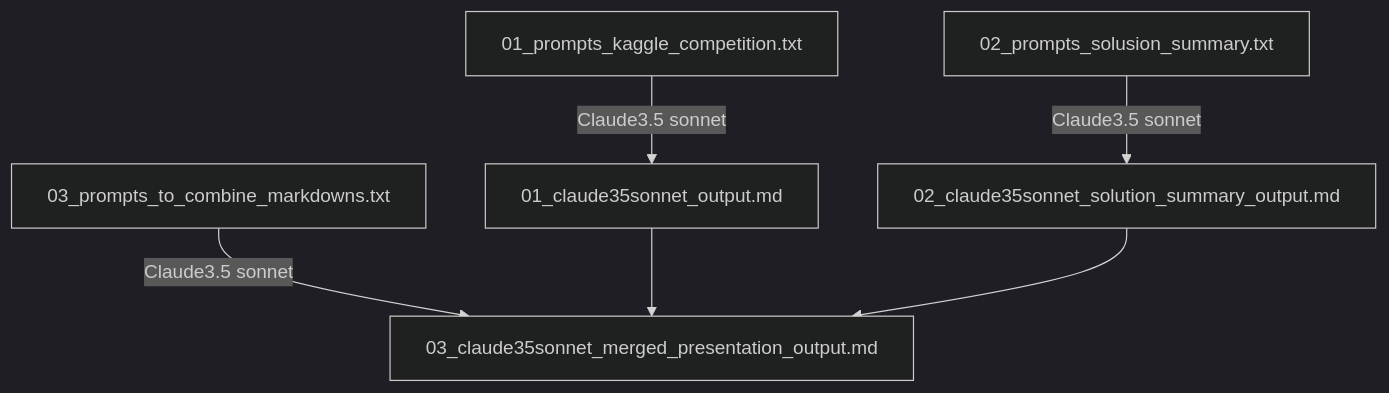
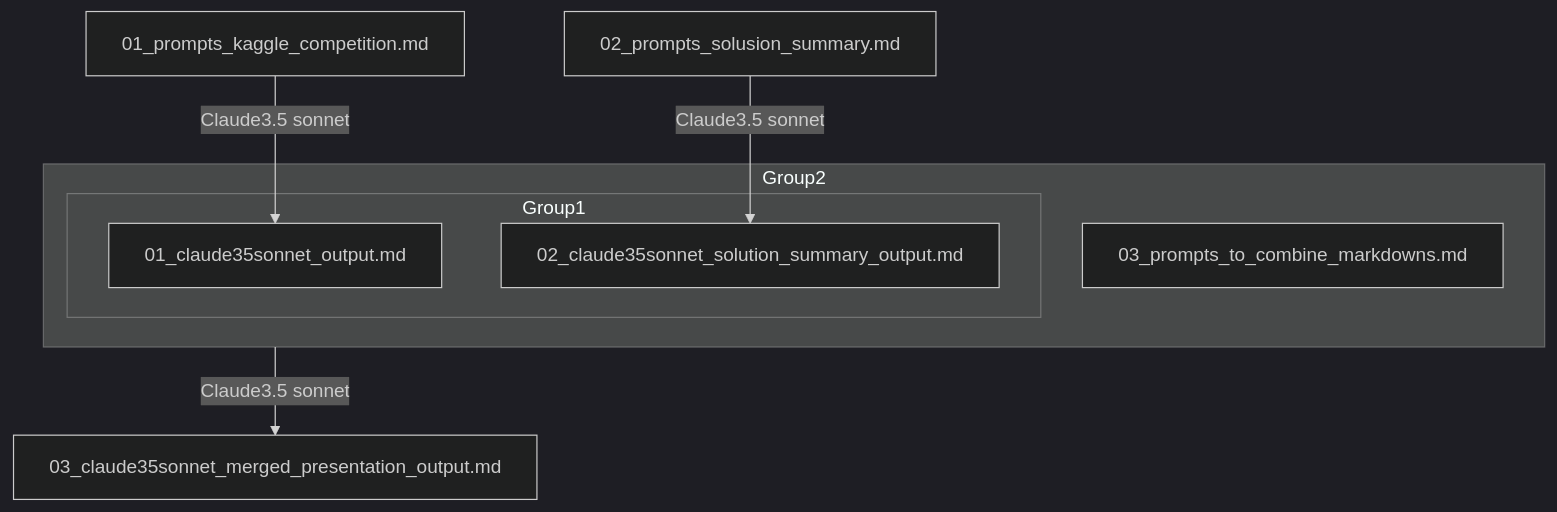
One commit to Masaaaato/LLM-Pandoc-PPTX changed the diagram in README.md. Above: the diagram before and after it, drawn with Mermaid (dark theme).

````diff
--- a/README.md
+++ b/README.md
@@ -6,8 +6,15 @@
 ```mermaid
 graph TD
-    A[01_prompts_kaggle_competition.txt] -->|Claude3.5 sonnet| B[01_claude35sonnet_output.md]
-    C[02_prompts_solusion_summary.txt] -->|Claude3.5 sonnet| D[02_claude35sonnet_solution_summary_output.md]
-    E[03_prompts_to_combine_markdowns.txt] -->|Claude3.5 sonnet| F[03_claude35sonnet_merged_presentation_output.md]
-    B --> F
-    D --> F
+    A[01_prompts_kaggle_competition.md] -->|Claude3.5 sonnet| B[01_claude35sonnet_output.md]
+    C[02_prompts_solusion_summary.md] -->|Claude3.5 sonnet| D[02_claude35sonnet_solution_summary_output.md]
+    subgraph Group1
+        B
+        D
+    end
+    E[03_prompts_to_combine_markdowns.md]
+    subgraph Group2
+        Group1
+        E
+    end
+    Group2 -->|Claude3.5 sonnet| F[03_claude35sonnet_merged_presentation_output.md]
 ```
````
